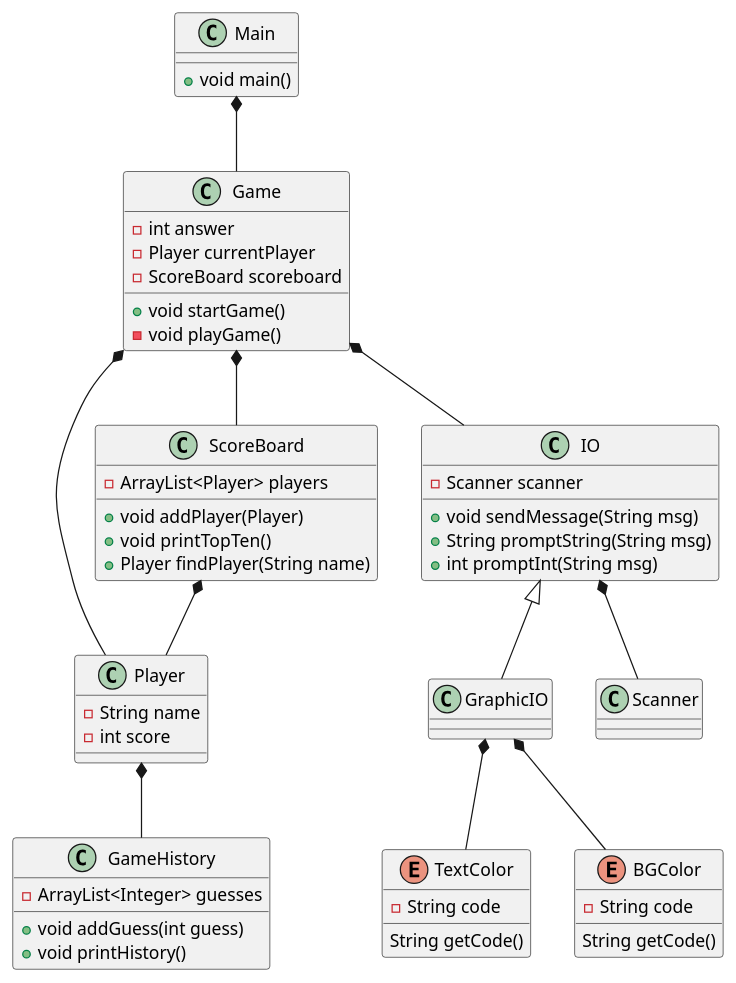
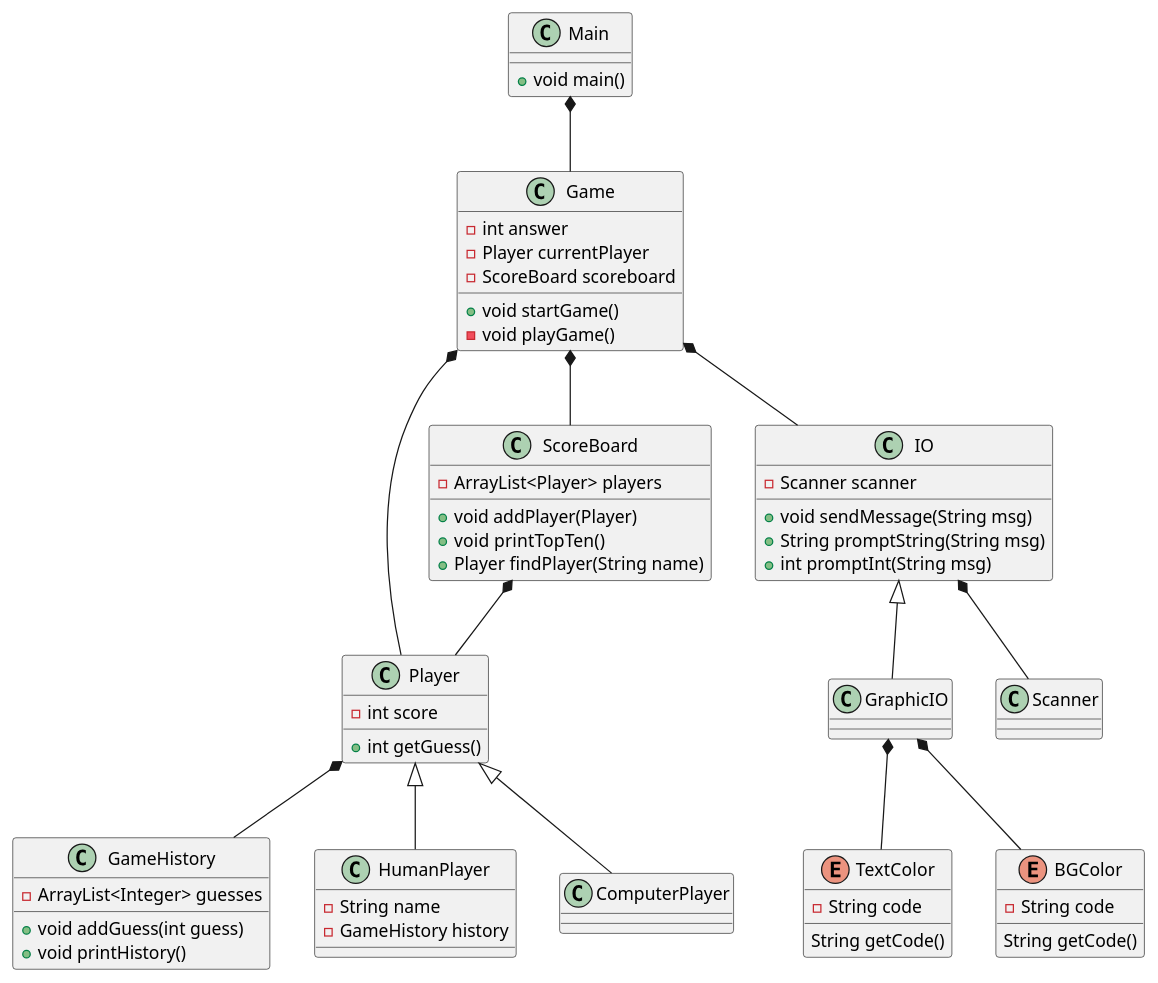
Before and after one commit to Dat1Cphbusiness/spring2026: the diagram in documentation/numbergame.puml, drawn with PlantUML. The commit also changed 4 other files, not shown here.

Commit message:
HumanPlayer

```diff
--- a/documentation/numbergame.puml
+++ b/documentation/numbergame.puml
@@ -1,68 +1,81 @@
 @startuml
 'https://plantuml.com/class-diagram
 
 class Game{
     - int answer
     - Player currentPlayer
     - ScoreBoard scoreboard
     + void startGame()
     - void playGame()
 }
 
 class GameHistory{
     - ArrayList<Integer> guesses
     + void addGuess(int guess)
     + void printHistory()
 }
 
 class Player{
+    - int score
+    + int getGuess()
+}
+
+class HumanPlayer{
     - String name
-    - int score
+    - GameHistory history
 }
+
+class ComputerPlayer{
+    
+}
+
+
 
 class ScoreBoard{
     - ArrayList<Player> players
     + void addPlayer(Player)
     + void printTopTen()
     + Player findPlayer(String name)
 }
 
 class IO{
     - Scanner scanner
     + void sendMessage(String msg)
     + String promptString(String msg)
     + int promptInt(String msg)
 }
 
 class GraphicIO{}
 
 class Main{
     + void main()
 }
 
 class Scanner{}
 
 enum TextColor{
     - String code
     String getCode()
 }
 
 enum BGColor{
     - String code
     String getCode()
 }
 
 
 
 IO *-- Scanner
 Game *-- IO
 Game *-- Player
 Main *-- Game
 IO <|-- GraphicIO
 Game *-- ScoreBoard
 ScoreBoard *-- Player
 GraphicIO *-- TextColor
 GraphicIO *-- BGColor
 Player *-- GameHistory
+Player <|-- HumanPlayer
+Player <|-- ComputerPlayer
 
 @enduml
```
